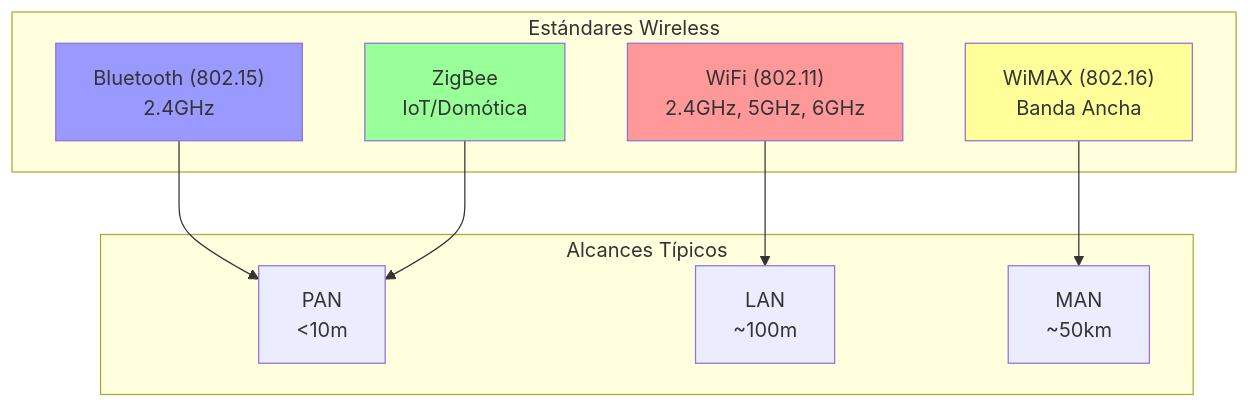
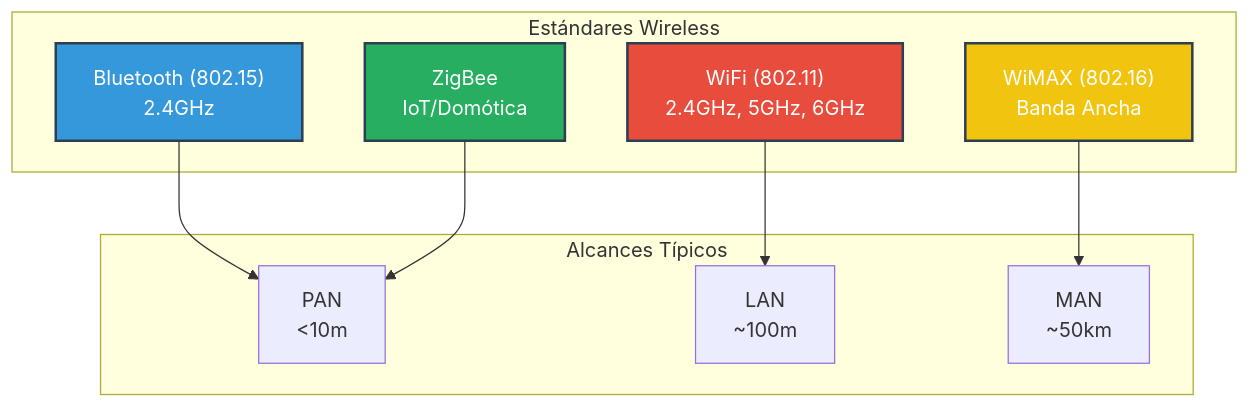
Before and after one commit to ulysses-ck/grupo-redes-ifts-2025: the eighth of 21 diagrams in tps/tp1.md, drawn with Mermaid. The commit also changed other lines of this file, not shown here.

Commit message:
style: update diagram colors for improved visual consistency across network representations

````diff
--- a/tps/tp1.md
+++ b/tps/tp1.md
@@ -396,25 +396,25 @@
 ```mermaid
 graph TD
     subgraph "Estándares Wireless"
         WiFi["WiFi (802.11)<br/>2.4GHz, 5GHz, 6GHz"]
         BT["Bluetooth (802.15)<br/>2.4GHz"]
         ZB["ZigBee<br/>IoT/Domótica"]
         WiMAX["WiMAX (802.16)<br/>Banda Ancha"]
     end
     
     subgraph "Alcances Típicos"
         PAN["PAN<br/><10m"]
         LAN["LAN<br/>~100m"]
         MAN["MAN<br/>~50km"]
     end
     
     WiFi --> LAN
     BT --> PAN
     ZB --> PAN
     WiMAX --> MAN
     
-    style WiFi fill:#ff9999
-    style BT fill:#9999ff
-    style ZB fill:#99ff99
-    style WiMAX fill:#ffff99
+    style WiFi fill:#e74c3c,stroke:#2c3e50,stroke-width:2px,color:#FFFFFF
+    style BT fill:#3498db,stroke:#2c3e50,stroke-width:2px,color:#FFFFFF
+    style ZB fill:#27ae60,stroke:#2c3e50,stroke-width:2px,color:#FFFFFF
+    style WiMAX fill:#f1c40f,stroke:#2c3e50,stroke-width:2px,color:#FFFFFF
 ```
````
